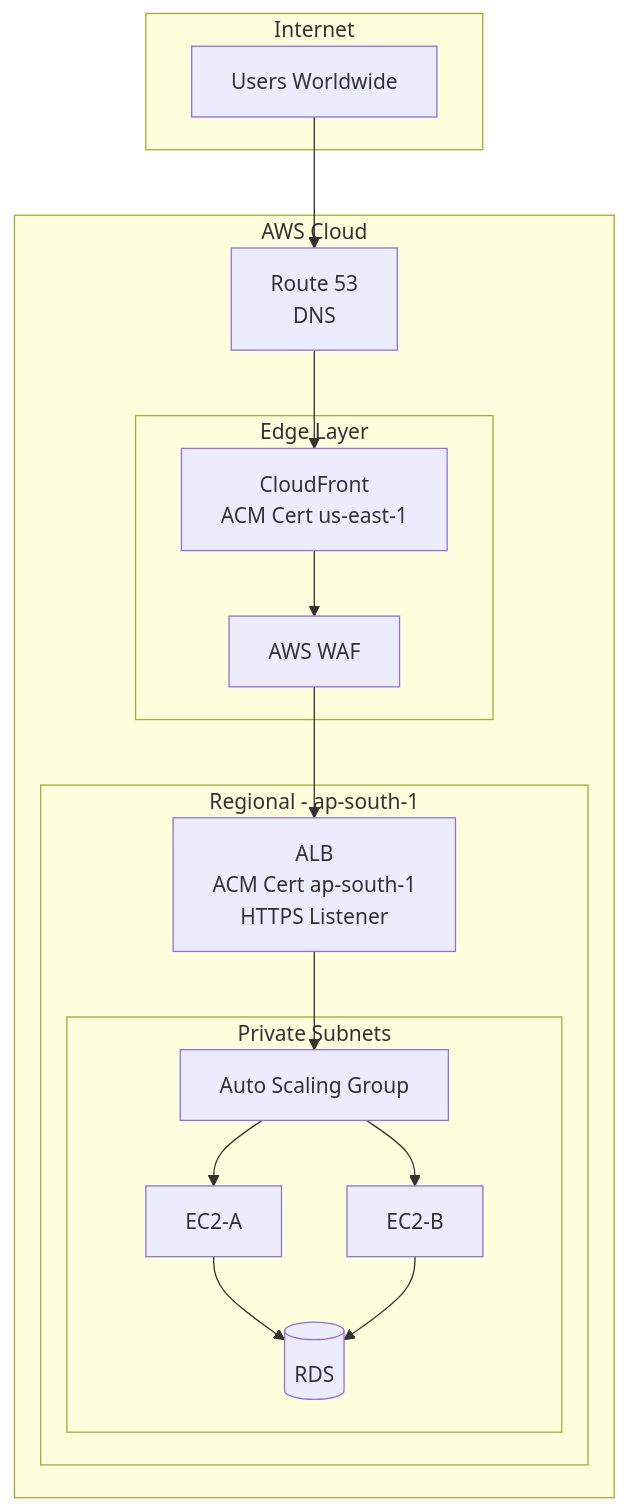
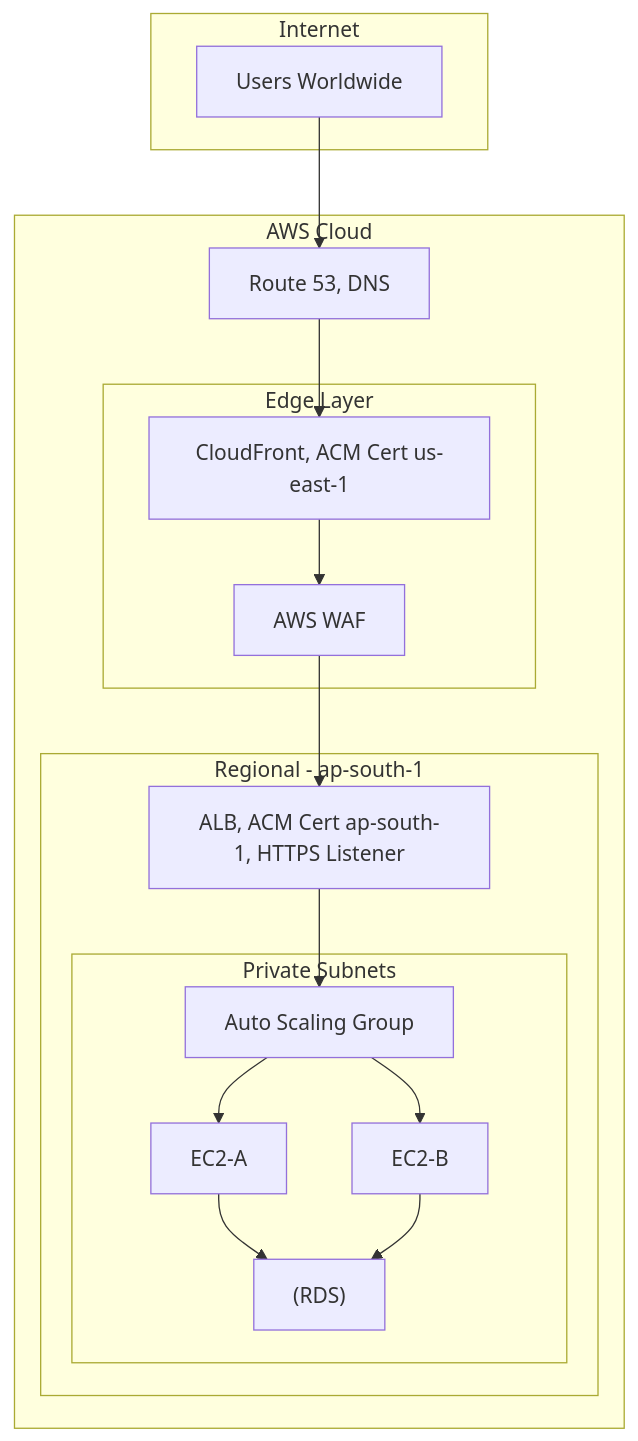
The third of 4 diagrams in Chapter_38_AWS_Certificate_Manager_ACM.md (DeeptiShuklaProject/Uday_AWS), drawn with Mermaid before and after one commit. The commit also changed other lines of this file and 34 other files, not shown here.

Commit message:
Fix mermaid diagrams syntax across all chapters (quote labels and remove HTML)

````diff
--- a/Chapter_38_AWS_Certificate_Manager_ACM.md
+++ b/Chapter_38_AWS_Certificate_Manager_ACM.md
@@ -512,36 +512,36 @@
 ```mermaid
 flowchart TD
     subgraph Internet
         User[Users Worldwide]
     end
     
     subgraph AWS["AWS Cloud"]
-        R53[Route 53<br>DNS]
+        R53["Route 53, DNS"]
         
         subgraph Edge["Edge Layer"]
-            CF[CloudFront<br>ACM Cert us-east-1]
+            CF["CloudFront, ACM Cert us-east-1"]
             WAF[AWS WAF]
         end
         
         subgraph Region["Regional - ap-south-1"]
-            ALB[ALB<br>ACM Cert ap-south-1<br>HTTPS Listener]
+            ALB["ALB, ACM Cert ap-south-1, HTTPS Listener"]
             
             subgraph Private["Private Subnets"]
                 ASG[Auto Scaling Group]
                 EC2A[EC2-A]
                 EC2B[EC2-B]
-                RDS[(RDS)]
+                RDS["(RDS)"]
             end
         end
     end
     
     User --> R53
     R53 --> CF
     CF --> WAF
     WAF --> ALB
     ALB --> ASG
     ASG --> EC2A
     ASG --> EC2B
     EC2A --> RDS
     EC2B --> RDS
 ```
````
